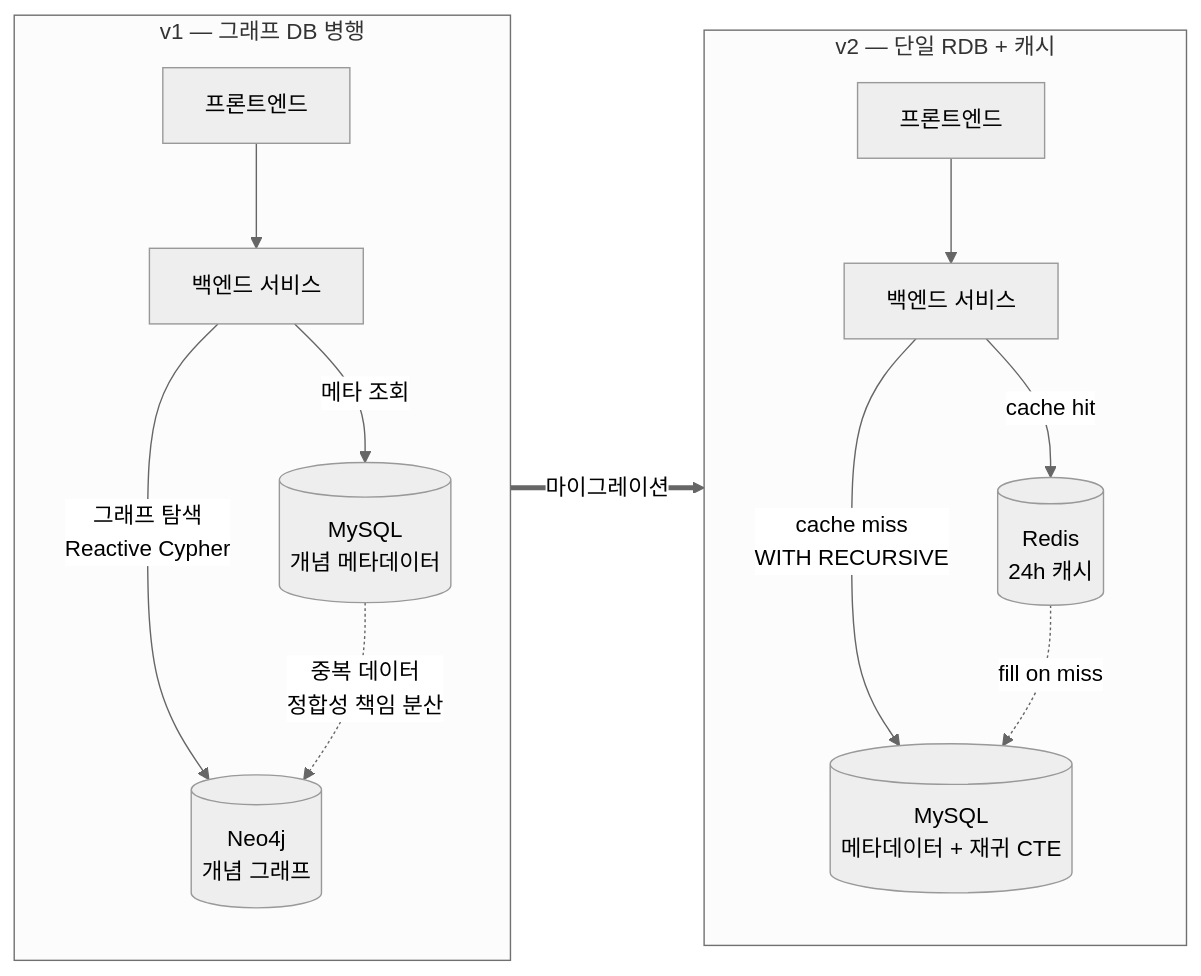
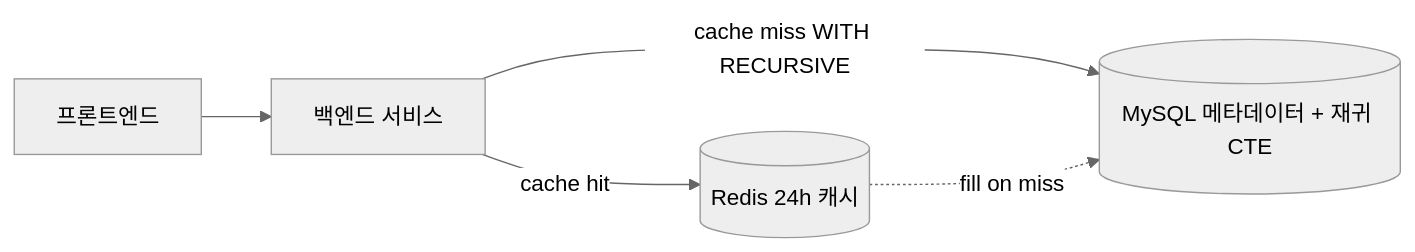
The second of 2 diagrams in docs/reports/m2-cte-migration.md (data-sy/my-math-teacher), drawn with Mermaid (neutral theme) before and after one commit. The commit also changed other lines of this file and 1 other file, not shown here.

Commit message:
docs: fix mermaid rendering in m2 docs (github compatibility)
GitHub mermaid 렌더러가 "Could not find a suitable point for the given
distance" 에러로 다이어그램을 그리지 못하던 두 위치 정리.

(1) 마이그레이션 보고서 (docs/reports/m2-cte-migration.md):
- v1/v2 구조를 단일 flowchart + subgraph 두 개 → 두 개의 독립 flowchart
  블록으로 분리. subgraph 간 화살표(V1 ==> V2) 가 dagre 레이아웃 실패의
  주 원인으로 의심됐음.
- 노드 라벨에서 <br/> 제거 — 텍스트 폭 계산 오류 회피, 쉼표·공백으로
  한 줄 라벨화.
- 성능 비교 xychart-beta → ASCII 막대 차트 (█/▏ 블록 문자). 렌더러
  의존성 0, GitHub 마크다운 환경에 안정적.

(2) spec-01 (docs/specs/m2/spec-01-cte-repository-and-indexes.md):
- KNOWLEDGE_SPACE 엣지 의미 trace 다이어그램에서 동일한 <br/> 패턴
  제거. 보고서와 같은 한 줄 라벨 컨벤션으로 정합.

````diff
--- a/docs/reports/m2-cte-migration.md
+++ b/docs/reports/m2-cte-migration.md
@@ -45,28 +57,7 @@
 ```mermaid
 flowchart LR
-    subgraph V1["v1 — 그래프 DB 병행"]
-        direction TB
-        FE1[프론트엔드]
-        BE1[백엔드 서비스]
-        MY1[(MySQL<br/>개념 메타데이터)]
-        NEO[(Neo4j<br/>개념 그래프)]
-        FE1 --> BE1
-        BE1 -->|메타 조회| MY1
-        BE1 -->|그래프 탐색<br/>Reactive Cypher| NEO
-        MY1 -.->|중복 데이터<br/>정합성 책임 분산| NEO
-    end
-
-    subgraph V2["v2 — 단일 RDB + 캐시"]
-        direction TB
-        FE2[프론트엔드]
-        BE2[백엔드 서비스]
-        RD[(Redis<br/>24h 캐시)]
-        MY2[(MySQL<br/>메타데이터 + 재귀 CTE)]
-        FE2 --> BE2
-        BE2 -->|cache hit| RD
-        BE2 -->|cache miss<br/>WITH RECURSIVE| MY2
-        RD -.->|fill on miss| MY2
-    end
-
-    V1 ==>|마이그레이션| V2
+    FE2[프론트엔드] --> BE2[백엔드 서비스]
+    BE2 -->|cache hit| RD[(Redis 24h 캐시)]
+    BE2 -->|cache miss WITH RECURSIVE| MY2[(MySQL 메타데이터 + 재귀 CTE)]
+    RD -.->|fill on miss| MY2
 ```
````
